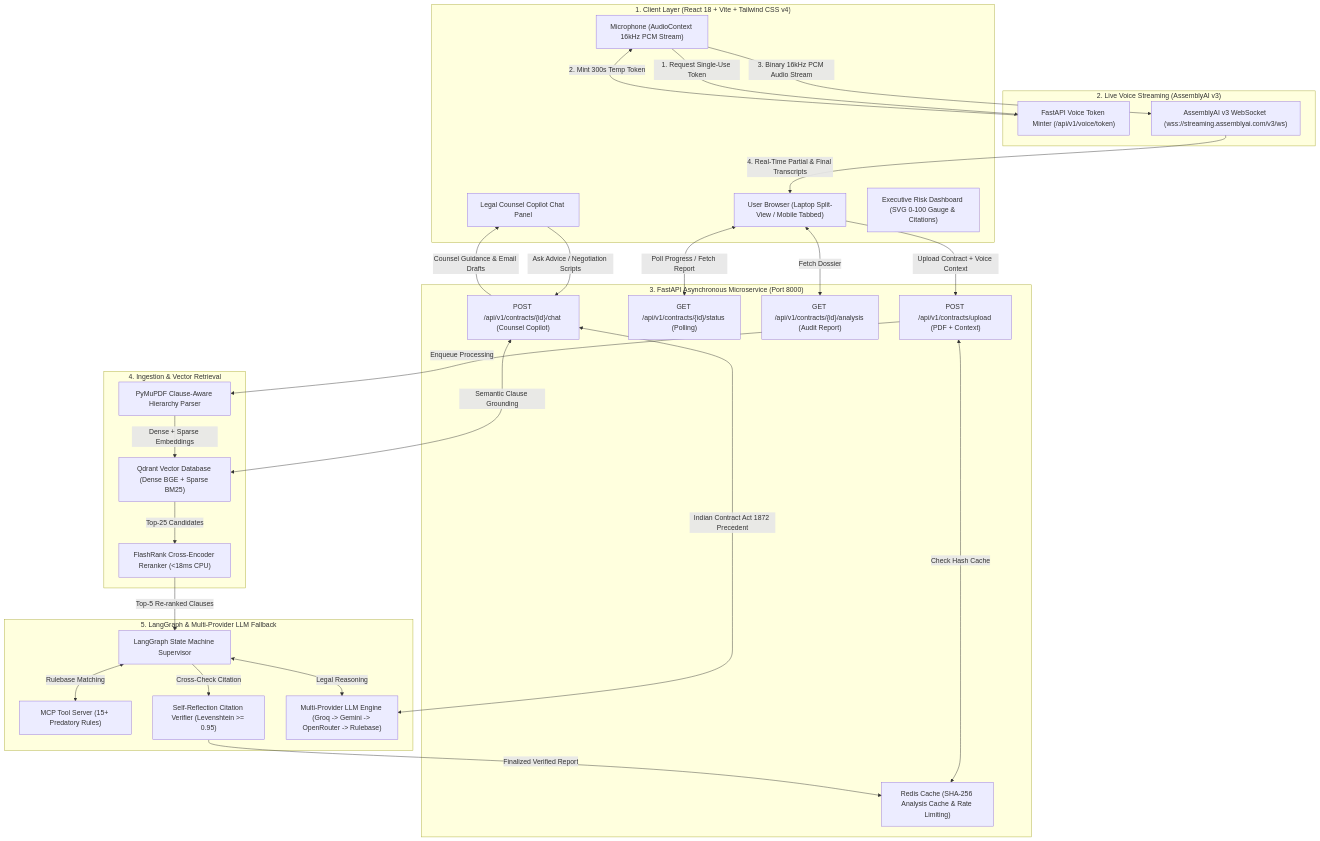
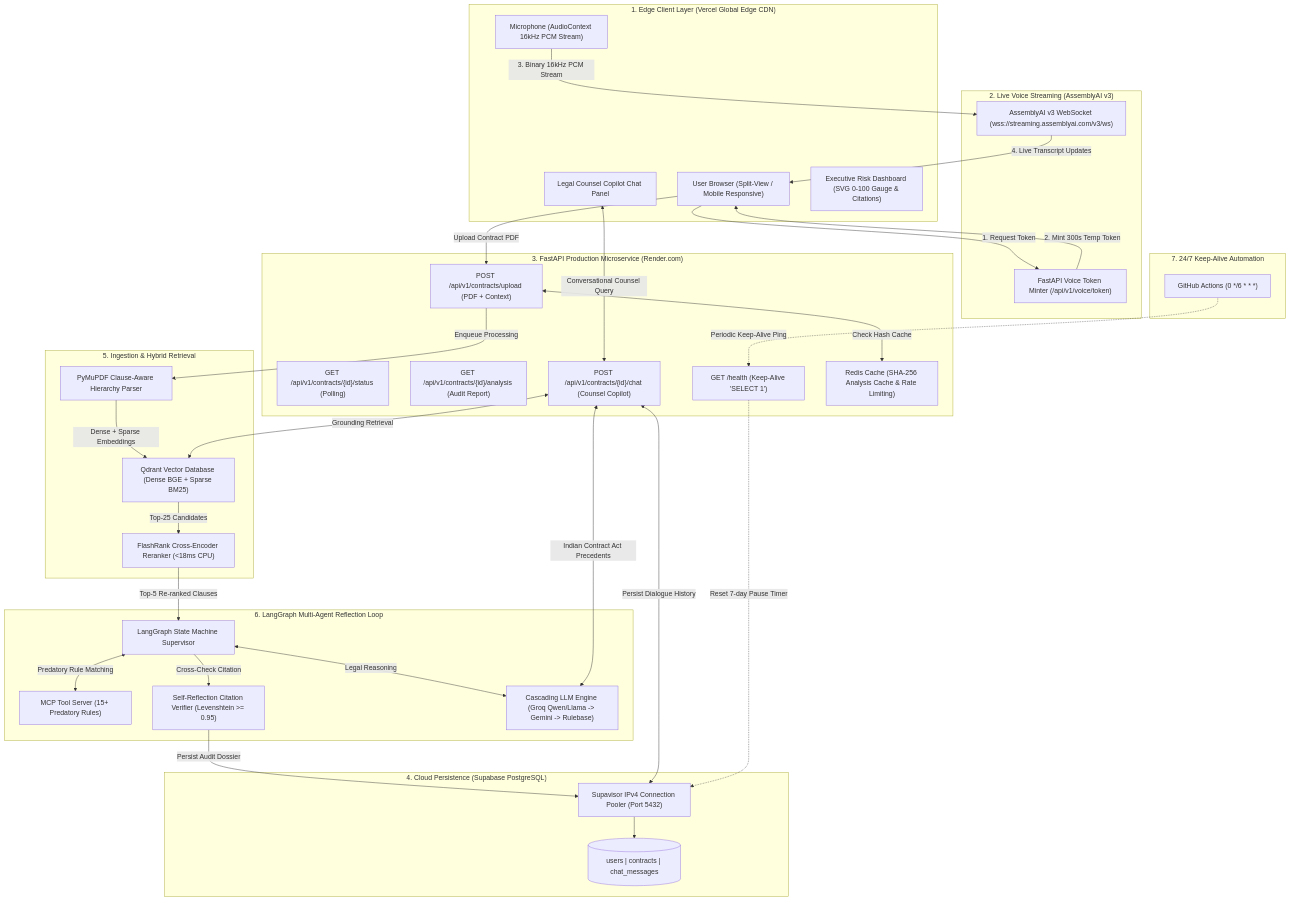
The diagram in README.md (TANMAY4806w/ClauseGuard_AI), drawn with Mermaid before and after one commit. The commit also changed other lines of this file and 4 other files, not shown here.

Commit message:
docs: showcase live production deployment on Vercel, Render and Supabase with live screenshot

````diff
--- a/README.md
+++ b/README.md
@@ -46,61 +62,71 @@
 ```mermaid
 flowchart TD
-    subgraph ClientLayer["1. Client Layer (React 18 + Vite + Tailwind CSS v4)"]
-        Browser["User Browser (Laptop Split-View / Mobile Tabbed)"]
+    subgraph ClientLayer["1. Edge Client Layer (Vercel Global Edge CDN)"]
+        Browser["User Browser (Split-View / Mobile Responsive)"]
         Mic["Microphone (AudioContext 16kHz PCM Stream)"]
         CopilotUI["Legal Counsel Copilot Chat Panel"]
         AuditUI["Executive Risk Dashboard (SVG 0-100 Gauge & Citations)"]
     end
 
     subgraph StreamingLayer["2. Live Voice Streaming (AssemblyAI v3)"]
         TokenAPI["FastAPI Voice Token Minter (/api/v1/voice/token)"]
         AssemblyWS["AssemblyAI v3 WebSocket (wss://streaming.assemblyai.com/v3/ws)"]
     end
 
-    subgraph BackendGateway["3. FastAPI Asynchronous Microservice (Port 8000)"]
+    subgraph BackendGateway["3. FastAPI Production Microservice (Render.com)"]
         UploadAPI["POST /api/v1/contracts/upload (PDF + Context)"]
         StatusAPI["GET /api/v1/contracts/{id}/status (Polling)"]
         AnalysisAPI["GET /api/v1/contracts/{id}/analysis (Audit Report)"]
         ChatAPI["POST /api/v1/contracts/{id}/chat (Counsel Copilot)"]
+        HealthAPI["GET /health (Keep-Alive 'SELECT 1')"]
         RedisCache["Redis Cache (SHA-256 Analysis Cache & Rate Limiting)"]
     end
 
-    subgraph ProcessingPipeline["4. Ingestion & Vector Retrieval"]
+    subgraph DatabaseLayer["4. Cloud Persistence (Supabase PostgreSQL)"]
+        Pooler["Supavisor IPv4 Connection Pooler (Port 5432)"]
+        Tables[("users | contracts | chat_messages")]
+    end
+
+    subgraph ProcessingPipeline["5. Ingestion & Hybrid Retrieval"]
         PyMuPDF["PyMuPDF Clause-Aware Hierarchy Parser"]
         Qdrant["Qdrant Vector Database (Dense BGE + Sparse BM25)"]
         FlashRank["FlashRank Cross-Encoder Reranker (<18ms CPU)"]
     end
 
-    subgraph AgenticReasoning["5. LangGraph & Multi-Provider LLM Fallback"]
+    subgraph AgenticReasoning["6. LangGraph Multi-Agent Reflection Loop"]
         Supervisor["LangGraph State Machine Supervisor"]
         MCPServer["MCP Tool Server (15+ Predatory Rules)"]
         Reflection["Self-Reflection Citation Verifier (Levenshtein >= 0.95)"]
-        LLM["Multi-Provider LLM Engine (Groq -> Gemini -> OpenRouter -> Rulebase)"]
+        LLM["Cascading LLM Engine (Groq Qwen/Llama -> Gemini -> Rulebase)"]
     end
 
-    %% Voice Streaming Connections
-    Mic -->|1. Request Single-Use Token| TokenAPI
-    TokenAPI -->|2. Mint 300s Temp Token| Mic
-    Mic -->|3. Binary 16kHz PCM Audio Stream| AssemblyWS
-    AssemblyWS -->|4. Real-Time Partial & Final Transcripts| Browser
+    subgraph UptimeEngine["7. 24/7 Keep-Alive Automation"]
+        CronJob["GitHub Actions (0 */6 * * *)"]
+    end
 
-    %% Upload & Processing
-    Browser -->|Upload Contract + Voice Context| UploadAPI
+    %% Flow Connections
+    Browser -->|1. Request Token| TokenAPI
+    TokenAPI -->|2. Mint 300s Temp Token| Browser
+    Mic -->|3. Binary 16kHz PCM Stream| AssemblyWS
+    AssemblyWS -->|4. Live Transcript Updates| Browser
+
+    Browser -->|Upload Contract PDF| UploadAPI
     UploadAPI <-->|Check Hash Cache| RedisCache
     UploadAPI -->|Enqueue Processing| PyMuPDF
     PyMuPDF -->|Dense + Sparse Embeddings| Qdrant
     Qdrant -->|Top-25 Candidates| FlashRank
     FlashRank -->|Top-5 Re-ranked Clauses| Supervisor
-    Supervisor <-->|Rulebase Matching| MCPServer
+    Supervisor <-->|Predatory Rule Matching| MCPServer
     Supervisor <-->|Legal Reasoning| LLM
     Supervisor -->|Cross-Check Citation| Reflection
-    Reflection -->|Finalized Verified Report| RedisCache
-    Browser <-->|Poll Progress / Fetch Report| StatusAPI
-    Browser <-->|Fetch Dossier| AnalysisAPI
+    Reflection -->|Persist Audit Dossier| Pooler
+    Pooler --> Tables
 
-    %% Interactive Counsel Chat
-    CopilotUI -->|Ask Advice / Negotiation Scripts| ChatAPI
-    ChatAPI <-->|Semantic Clause Grounding| Qdrant
-    ChatAPI <-->|Indian Contract Act 1872 Precedent| LLM
-    ChatAPI -->|Counsel Guidance & Email Drafts| CopilotUI
+    CopilotUI <-->|Conversational Counsel Query| ChatAPI
+    ChatAPI <-->|Grounding Retrieval| Qdrant
+    ChatAPI <-->|Indian Contract Act Precedents| LLM
+    ChatAPI <-->|Persist Dialogue History| Pooler
+
+    CronJob -. Periodic Keep-Alive Ping .-> HealthAPI
+    HealthAPI -. Reset 7-day Pause Timer .-> Pooler
 ```
````
